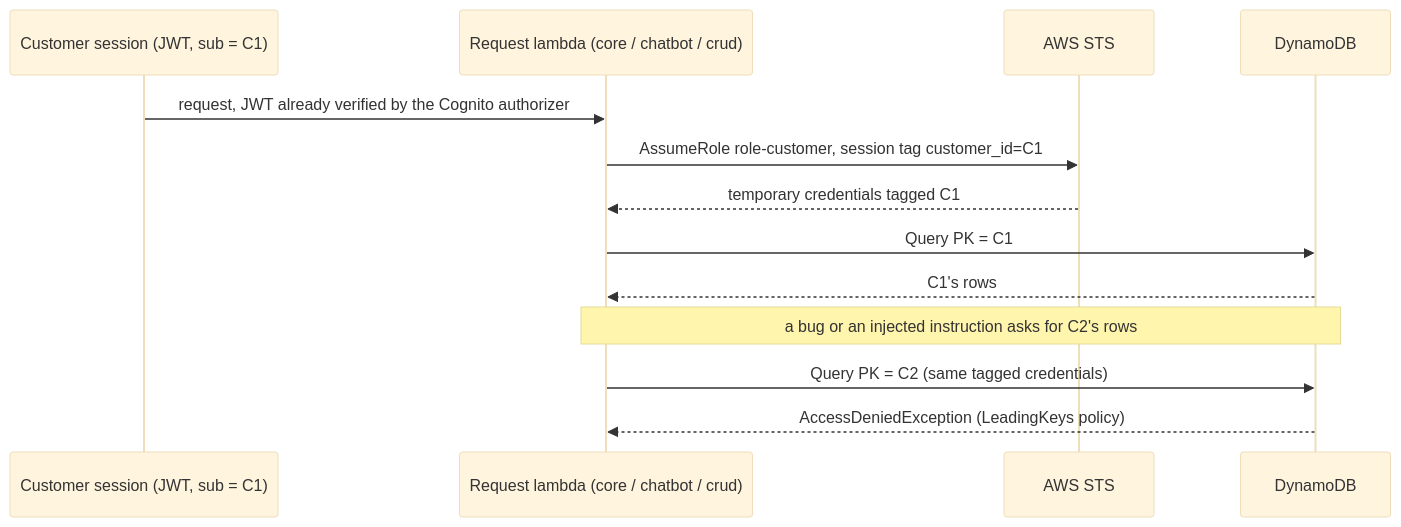
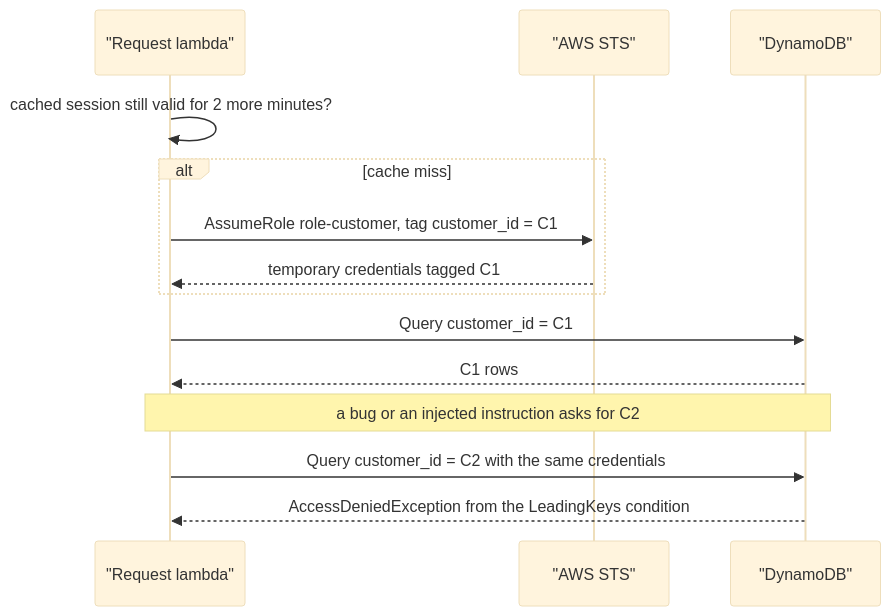
The sixth of 7 diagrams in docs/modules/identity/flows.md (Team-ACGS/factored-hackathon-2026-acgs), drawn with Mermaid (base theme) before and after one commit. The commit also changed other lines of this file and 9 other files, not shown here.

Commit message:
docs(assistant,cases,data,identity,messaging): readmes and flows verified against the code, round 1

````diff
--- a/docs/modules/identity/flows.md
+++ b/docs/modules/identity/flows.md
@@ -44,15 +194,17 @@
 ```mermaid
 sequenceDiagram
-  participant U as Customer session (JWT, sub = C1)
-  participant L as Request lambda (core / chatbot / crud)
-  participant STS as AWS STS
-  participant DDB as DynamoDB
-  U->>L: request, JWT already verified by the Cognito authorizer
-  L->>STS: AssumeRole role-customer, session tag customer_id=C1
-  STS-->>L: temporary credentials tagged C1
-  L->>DDB: Query PK = C1
-  DDB-->>L: C1's rows
-  Note over L,DDB: a bug or an injected instruction asks for C2's rows
-  L->>DDB: Query PK = C2 (same tagged credentials)
-  DDB-->>L: AccessDeniedException (LeadingKeys policy)
+    participant L as "Request lambda"
+    participant STS as "AWS STS"
+    participant DDB as "DynamoDB"
+
+    L->>L: cached session still valid for 2 more minutes?
+    alt cache miss
+        L->>STS: AssumeRole role-customer, tag customer_id = C1
+        STS-->>L: temporary credentials tagged C1
+    end
+    L->>DDB: Query customer_id = C1
+    DDB-->>L: C1 rows
+    Note over L,DDB: a bug or an injected instruction asks for C2
+    L->>DDB: Query customer_id = C2 with the same credentials
+    DDB-->>L: AccessDeniedException from the LeadingKeys condition
 ```
````
